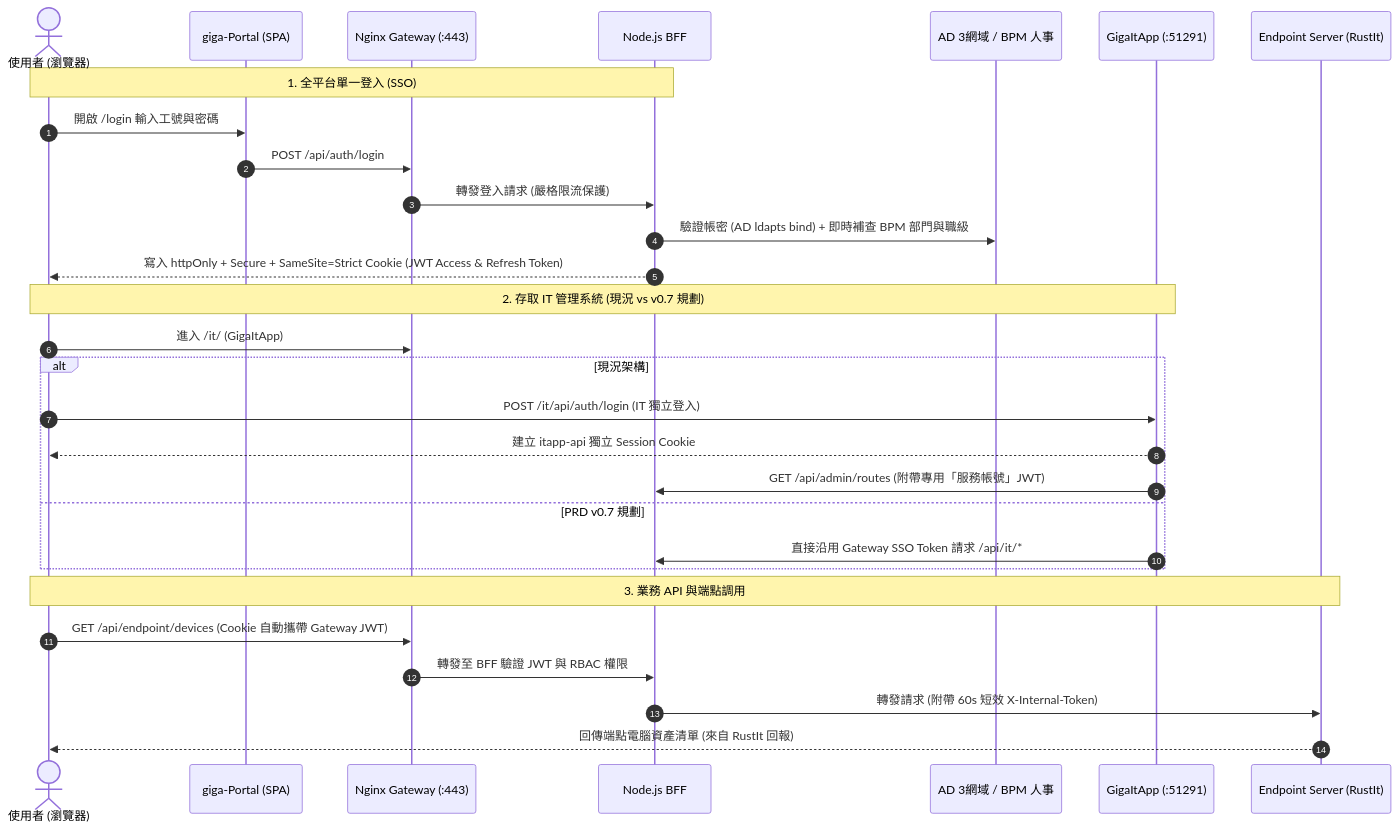
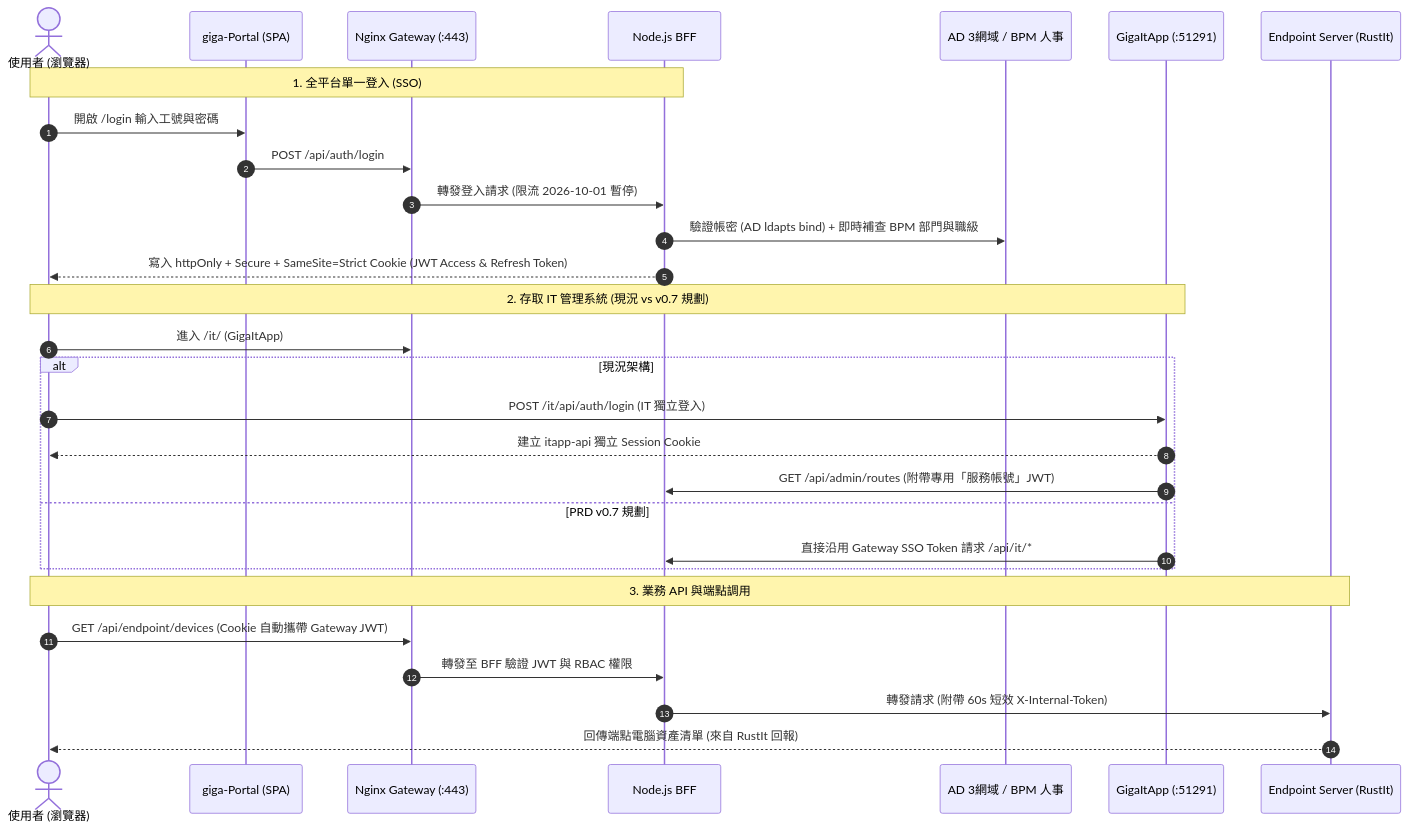
One commit to WeiWeicode/GigaNexusAI changed the second of 4 diagrams in PROJECT-MAP.md. Above: the diagram before and after it, drawn with Mermaid. The commit also changed 1 other file, not shown here.

Commit message:
docs: 同步登入限流暫停說明

````diff
--- a/PROJECT-MAP.md
+++ b/PROJECT-MAP.md
@@ -167,34 +167,34 @@
 ```mermaid
 sequenceDiagram
     autonumber
     actor User as 使用者 (瀏覽器)
     participant Portal as giga-Portal (SPA)
     participant Nginx as Nginx Gateway (:443)
     participant BFF as Node.js BFF
     participant AD_DB as AD 3網域 / BPM 人事
     participant ItApp as GigaItApp (:51291)
     participant Endpoint as Endpoint Server (RustIt)
 
     Note over User,BFF: 1. 全平台單一登入 (SSO)
     User->>Portal: 開啟 /login 輸入工號與密碼
     Portal->>Nginx: POST /api/auth/login
-    Nginx->>BFF: 轉發登入請求 (嚴格限流保護)
+    Nginx->>BFF: 轉發登入請求 (限流 2026-10-01 暫停)
     BFF->>AD_DB: 驗證帳密 (AD ldapts bind) + 即時補查 BPM 部門與職級
     BFF-->>User: 寫入 httpOnly + Secure + SameSite=Strict Cookie (JWT Access & Refresh Token)
 
     Note over User,ItApp: 2. 存取 IT 管理系統 (現況 vs v0.7 規劃)
     User->>Nginx: 進入 /it/ (GigaItApp)
     alt 現況架構
         User->>ItApp: POST /it/api/auth/login (IT 獨立登入)
         ItApp-->>User: 建立 itapp-api 獨立 Session Cookie
         ItApp->>BFF: GET /api/admin/routes (附帶專用「服務帳號」JWT)
     else PRD v0.7 規劃
         ItApp->>BFF: 直接沿用 Gateway SSO Token 請求 /api/it/*
     end
 
     Note over User,Endpoint: 3. 業務 API 與端點調用
     User->>Nginx: GET /api/endpoint/devices (Cookie 自動攜帶 Gateway JWT)
     Nginx->>BFF: 轉發至 BFF 驗證 JWT 與 RBAC 權限
     BFF->>Endpoint: 轉發請求 (附帶 60s 短效 X-Internal-Token)
     Endpoint-->>User: 回傳端點電腦資產清單 (來自 RustIt 回報)
 ```
````
